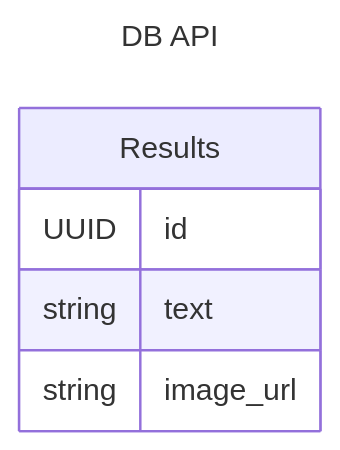
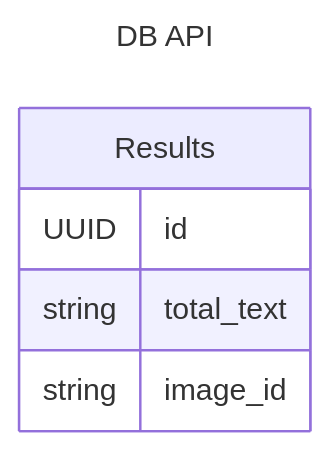
Before and after one commit to MemesGPT/api: the diagram in Documentation/ERD/api.md, drawn with Mermaid.

Commit message:
rename fields

````diff
--- a/Documentation/ERD/api.md
+++ b/Documentation/ERD/api.md
@@ -1,11 +1,11 @@
 ```mermaid
 ---
 title: DB API
 ---
 erDiagram
     Results {
         UUID id
-        string text
-        string image_url
+        string total_text
+        string image_id
     }
 ```
````
